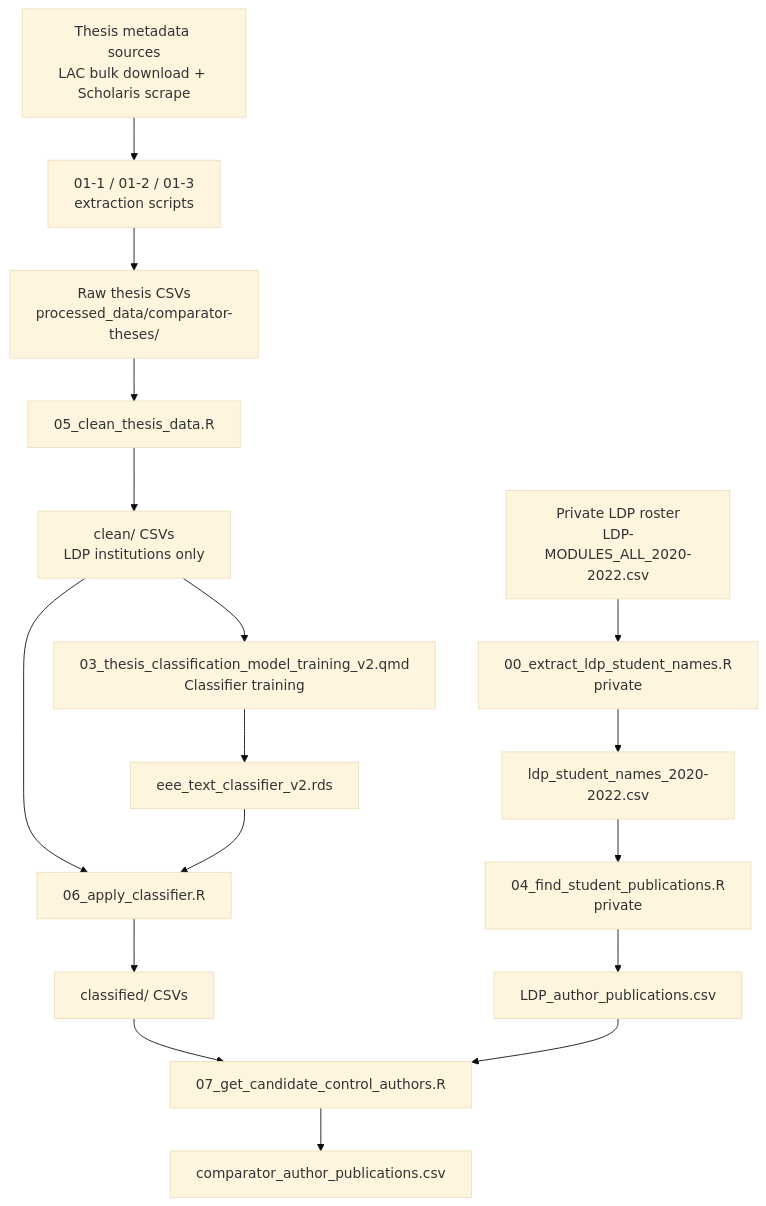
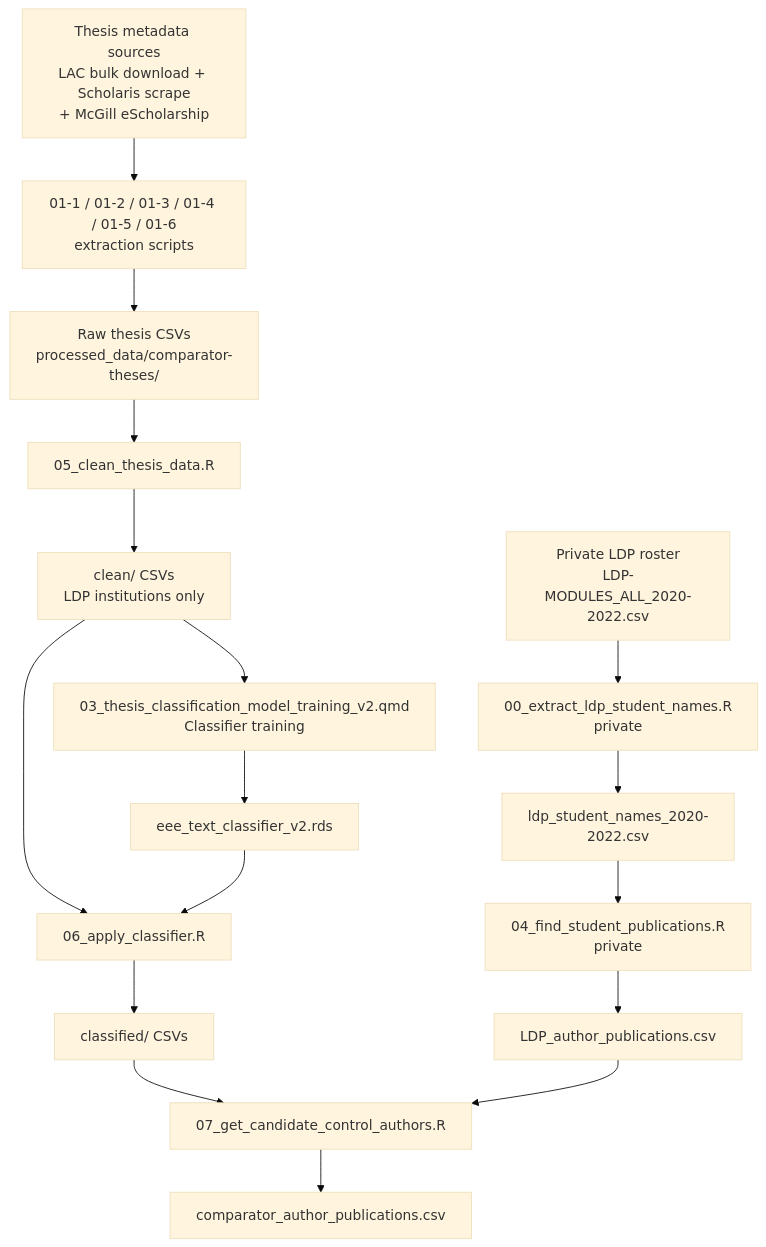
One commit to pitherj/LDP_thesis_classification changed the diagram in README.md. Above: the diagram before and after it, drawn with Mermaid (base theme). The commit also changed other lines of this file, not shown here.

````diff
--- a/README.md
+++ b/README.md
@@ -46,29 +44,29 @@
 ```mermaid
 flowchart TD
     A["Private LDP roster\nLDP-MODULES_ALL_2020-2022.csv"]
     B["00_extract_ldp_student_names.R\nprivate"]
     C["ldp_student_names_2020-2022.csv"]
     D["04_find_student_publications.R\nprivate"]
     E["LDP_author_publications.csv"]
 
-    F["Thesis metadata sources\nLAC bulk download + Scholaris scrape"]
-    G["01-1 / 01-2 / 01-3\nextraction scripts"]
+    F["Thesis metadata sources\nLAC bulk download + Scholaris scrape\n+ McGill eScholarship"]
+    G["01-1 / 01-2 / 01-3 / 01-4 / 01-5 / 01-6\nextraction scripts"]
     H["Raw thesis CSVs\nprocessed_data/comparator-theses/"]
     I["05_clean_thesis_data.R"]
     J["clean/ CSVs\nLDP institutions only"]
 
     K["03_thesis_classification_model_training_v2.qmd\nClassifier training"]
     L["eee_text_classifier_v2.rds"]
     M["06_apply_classifier.R"]
     N["classified/ CSVs"]
 
     O["07_get_candidate_control_authors.R"]
     P["comparator_author_publications.csv"]
 
     A --> B --> C --> D --> E
     F --> G --> H --> I --> J
     J --> K --> L
     J --> M
     L --> M --> N --> O
     E --> O --> P
 ```
````
